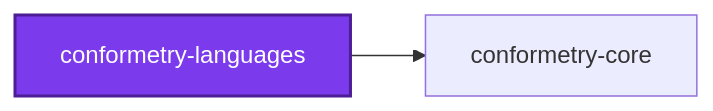
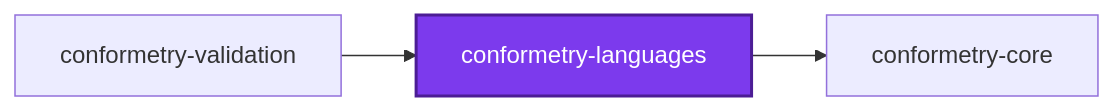
One commit to JimmyPaolini/codebase changed the first of 3 diagrams in packages/conformetry-languages/README.md. Above: the diagram before and after it, drawn with Mermaid. The commit also changed other lines of this file and 32 other files, not shown here.

Commit message:
refactor(conformetry): ♻️ resolve languages through dependency injection

````diff
--- a/packages/conformetry-languages/README.md
+++ b/packages/conformetry-languages/README.md
@@ -403,8 +394,10 @@
 ```mermaid
 graph LR
   conformetry_core["conformetry-core"]
   conformetry_languages["conformetry-languages"]
+  conformetry_validation["conformetry-validation"]
   conformetry_languages --> conformetry_core
+  conformetry_validation --> conformetry_languages
   classDef subject fill:#7c3aed,color:#fff,stroke:#4c1d95,stroke-width:2px
   class conformetry_languages subject
 ```
````
